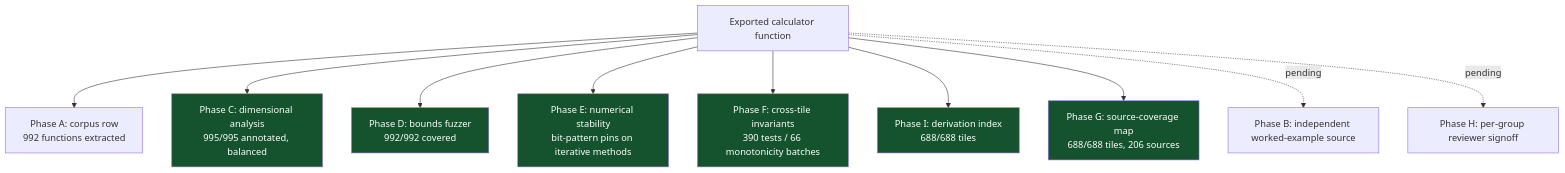
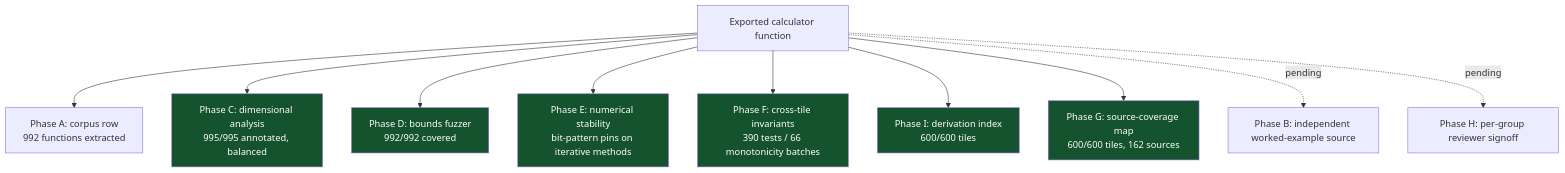
One commit to clay-good/roughlogic.com changed the sixth of 8 diagrams in README.md. Above: the diagram before and after it, drawn with Mermaid. The commit also changed other lines of this file and 43 other files, not shown here.

````diff
--- a/README.md
+++ b/README.md
@@ -470,18 +468,18 @@
 ```mermaid
 flowchart TB
     F[Exported calculator function] --> A[Phase A: corpus row\n992 functions extracted]
     F --> C[Phase C: dimensional analysis\n995/995 annotated, balanced]
     F --> D[Phase D: bounds fuzzer\n992/992 covered]
     F --> E[Phase E: numerical stability\nbit-pattern pins on iterative methods]
     F --> Fa[Phase F: cross-tile invariants\n390 tests / 66 monotonicity batches]
-    F --> I[Phase I: derivation index\n688/688 tiles]
-    F --> G[Phase G: source-coverage map\n688/688 tiles, 206 sources]
+    F --> I[Phase I: derivation index\n600/600 tiles]
+    F --> G[Phase G: source-coverage map\n600/600 tiles, 162 sources]
     F -.pending.-> B[Phase B: independent worked-example source]
     F -.pending.-> H[Phase H: per-group reviewer signoff]
     style C fill:#14532d,color:#fff
     style D fill:#14532d,color:#fff
     style E fill:#14532d,color:#fff
     style Fa fill:#14532d,color:#fff
     style G fill:#14532d,color:#fff
     style I fill:#14532d,color:#fff
 ```
````
